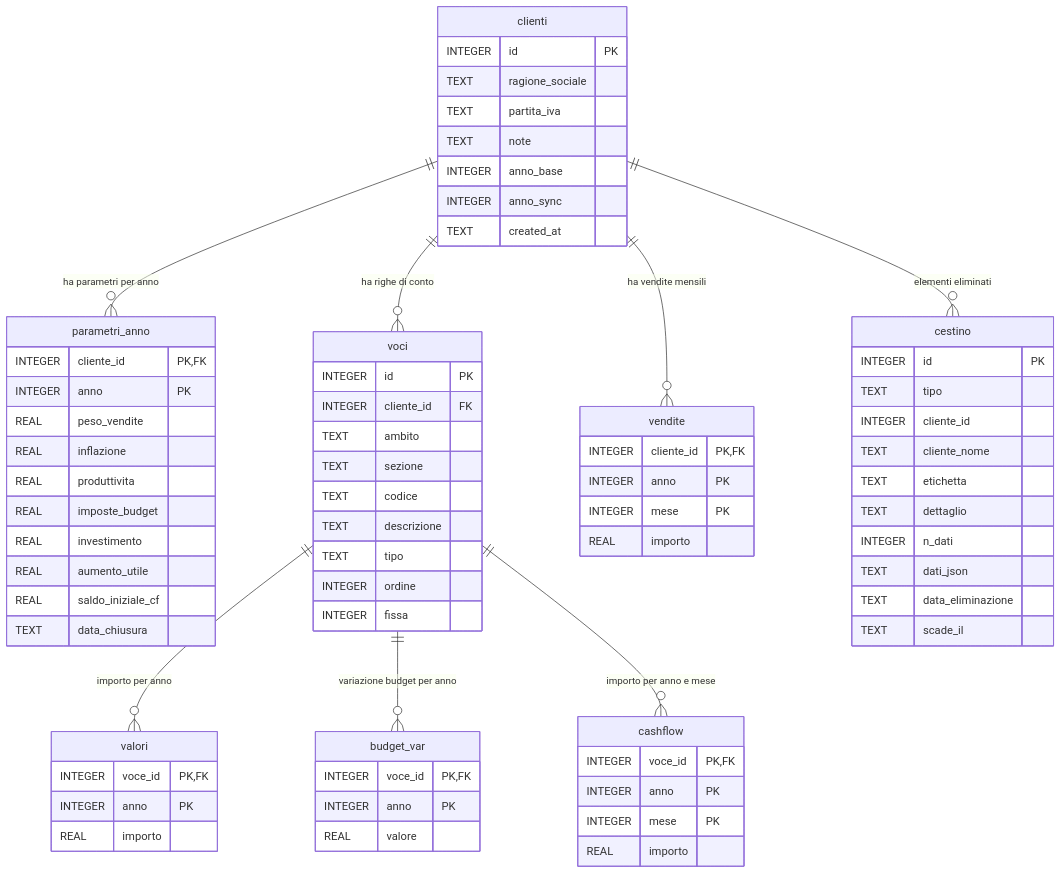
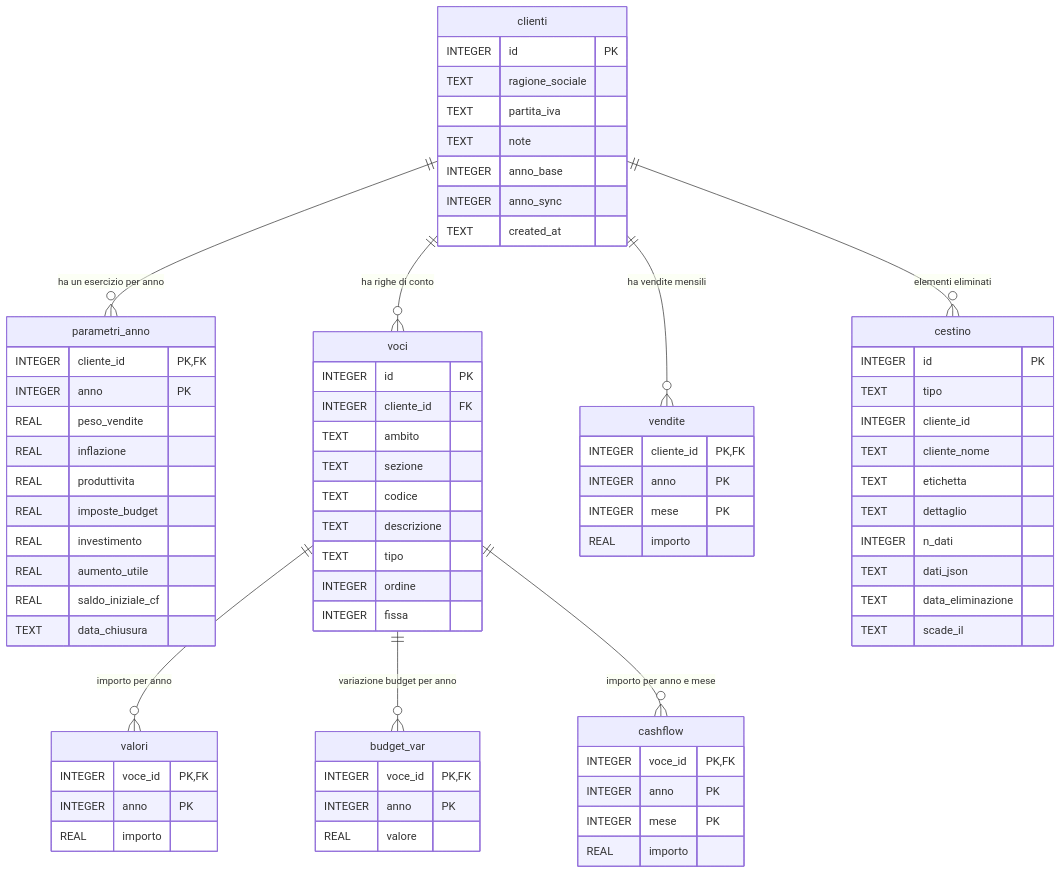
Before and after one commit to NicoMaker/gestionale-bilanci: the diagram in docs/schema.mmd, drawn with Mermaid. The commit also changed 38 other files, not shown here.

```diff
--- a/docs/schema.mmd
+++ b/docs/schema.mmd
@@ -1,82 +1,88 @@
+%% Schema del database SQLite (backend/db/gestionale.db).
+%% Versione dello schema: PRAGMA user_version (vedi backend/src/core/db/migrazioni.js). Un file vecchio si aggiorna da solo
+%% all'avvio (copia di sicurezza gestionale.pre-migrazione-*.db prima di modificarlo): non serve eliminarlo.
+%% Regole sugli esercizi: clienti.anno_base e' sempre uno degli anni presenti in parametri_anno del cliente;
+%% parametri_anno.data_chiusura e' la data di chiusura dell'esercizio (31/12 se non indicata, comunque dentro l'anno).
+%% Ogni cliente ha almeno un esercizio; in tutte le liste compaiono solo gli anni che il cliente ha davvero.
 erDiagram
-    clienti ||--o{ parametri_anno : "ha parametri per anno"
+    clienti ||--o{ parametri_anno : "ha un esercizio per anno"
     clienti ||--o{ voci : "ha righe di conto"
     clienti ||--o{ vendite : "ha vendite mensili"
     voci ||--o{ valori : "importo per anno"
     voci ||--o{ budget_var : "variazione budget per anno"
     voci ||--o{ cashflow : "importo per anno e mese"
     clienti ||--o{ cestino : "elementi eliminati"
 
     clienti {
         INTEGER id PK
         TEXT ragione_sociale
         TEXT partita_iva
         TEXT note
         INTEGER anno_base
         INTEGER anno_sync
         TEXT created_at
     }
 
     parametri_anno {
         INTEGER cliente_id PK, FK
         INTEGER anno PK
         REAL peso_vendite
         REAL inflazione
         REAL produttivita
         REAL imposte_budget
         REAL investimento
         REAL aumento_utile
         REAL saldo_iniziale_cf
         TEXT data_chiusura
     }
 
     voci {
         INTEGER id PK
         INTEGER cliente_id FK
         TEXT ambito
         TEXT sezione
         TEXT codice
         TEXT descrizione
         TEXT tipo
         INTEGER ordine
         INTEGER fissa
     }
 
     valori {
         INTEGER voce_id PK, FK
         INTEGER anno PK
         REAL importo
     }
 
     budget_var {
         INTEGER voce_id PK, FK
         INTEGER anno PK
         REAL valore
     }
 
     vendite {
         INTEGER cliente_id PK, FK
         INTEGER anno PK
         INTEGER mese PK
         REAL importo
     }
 
     cashflow {
         INTEGER voce_id PK, FK
         INTEGER anno PK
         INTEGER mese PK
         REAL importo
     }
 
     cestino {
         INTEGER id PK
         TEXT tipo
         INTEGER cliente_id
         TEXT cliente_nome
         TEXT etichetta
         TEXT dettaglio
         INTEGER n_dati
         TEXT dati_json
         TEXT data_eliminazione
         TEXT scade_il
     }
```
